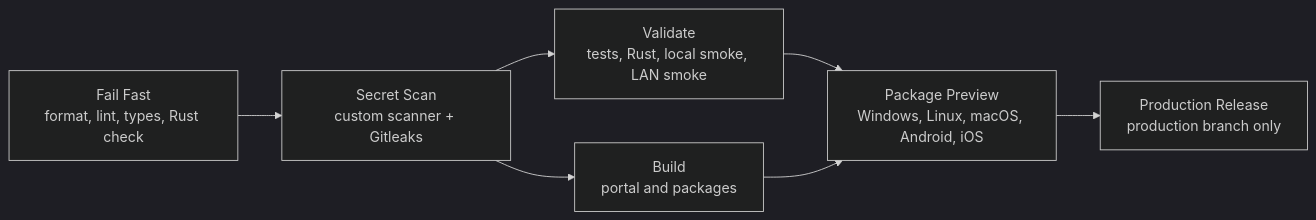
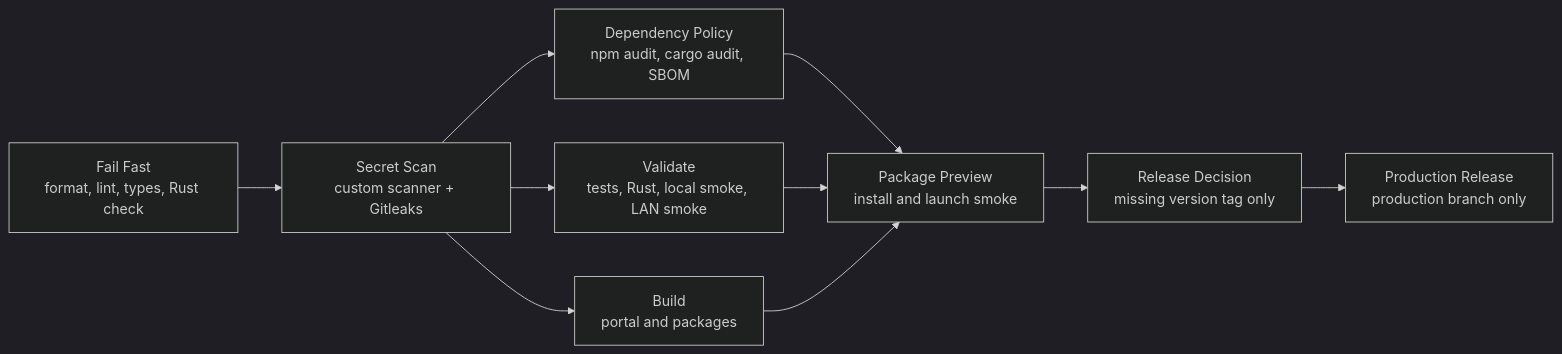
Before and after one commit to ocentra/OcentraParent: the diagram in .github/workflows/README.md, drawn with Mermaid (dark theme). The commit also changed other lines of this file and 40 other files, not shown here.

````diff
--- a/.github/workflows/README.md
+++ b/.github/workflows/README.md
@@ -5,9 +5,12 @@
 ```mermaid
 graph LR
   FF["Fail Fast<br/>format, lint, types, Rust check"] --> SS["Secret Scan<br/>custom scanner + Gitleaks"]
+  SS --> DP["Dependency Policy<br/>npm audit, cargo audit, SBOM"]
   SS --> V["Validate<br/>tests, Rust, local smoke, LAN smoke"]
   SS --> B["Build<br/>portal and packages"]
-  V --> P["Package Preview<br/>Windows, Linux, macOS, Android, iOS"]
+  DP --> P["Package Preview<br/>install and launch smoke"]
+  V --> P
   B --> P
-  P --> R["Production Release<br/>production branch only"]
+  P --> RD["Release Decision<br/>missing version tag only"]
+  RD --> R["Production Release<br/>production branch only"]
 ```
````
